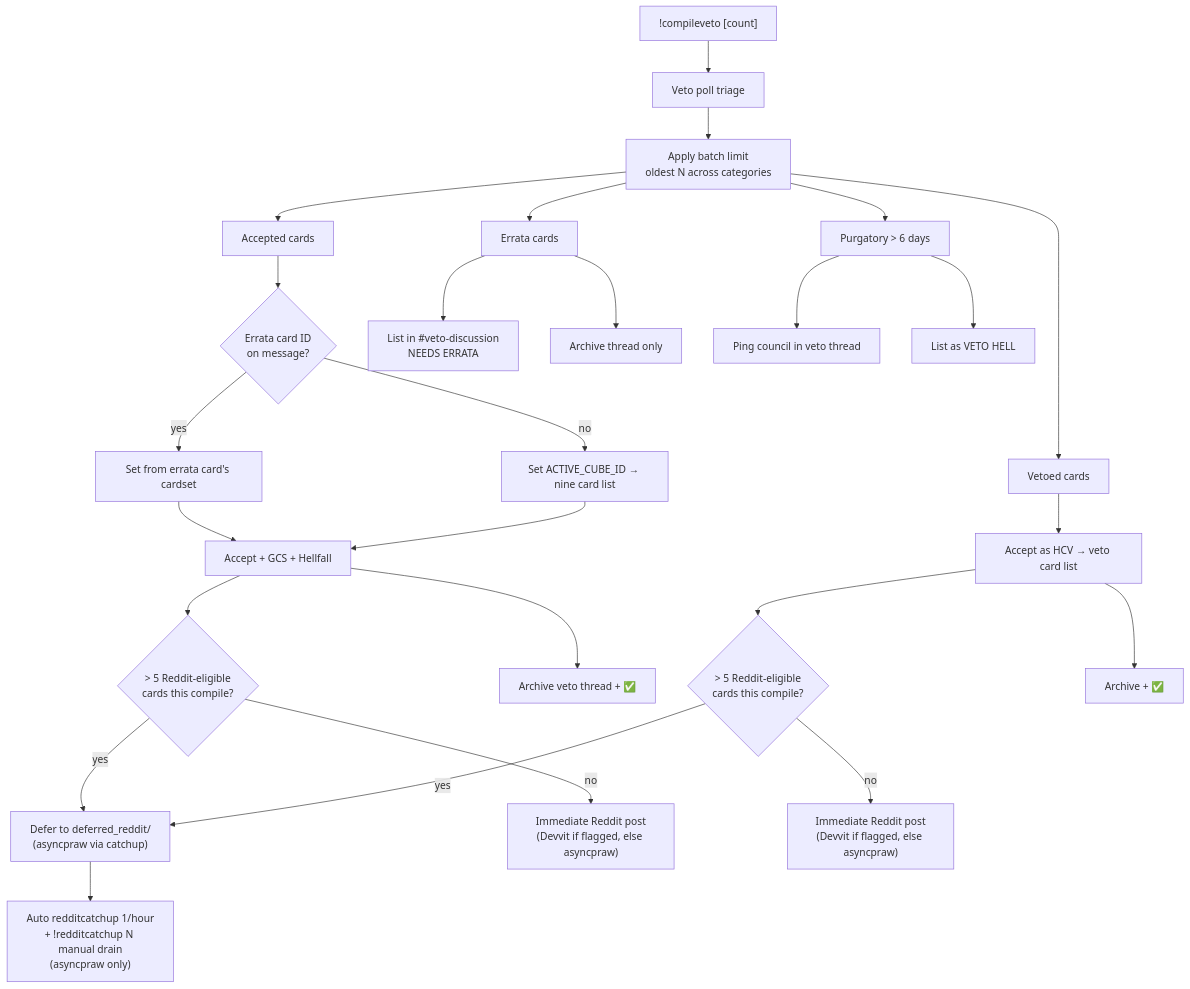
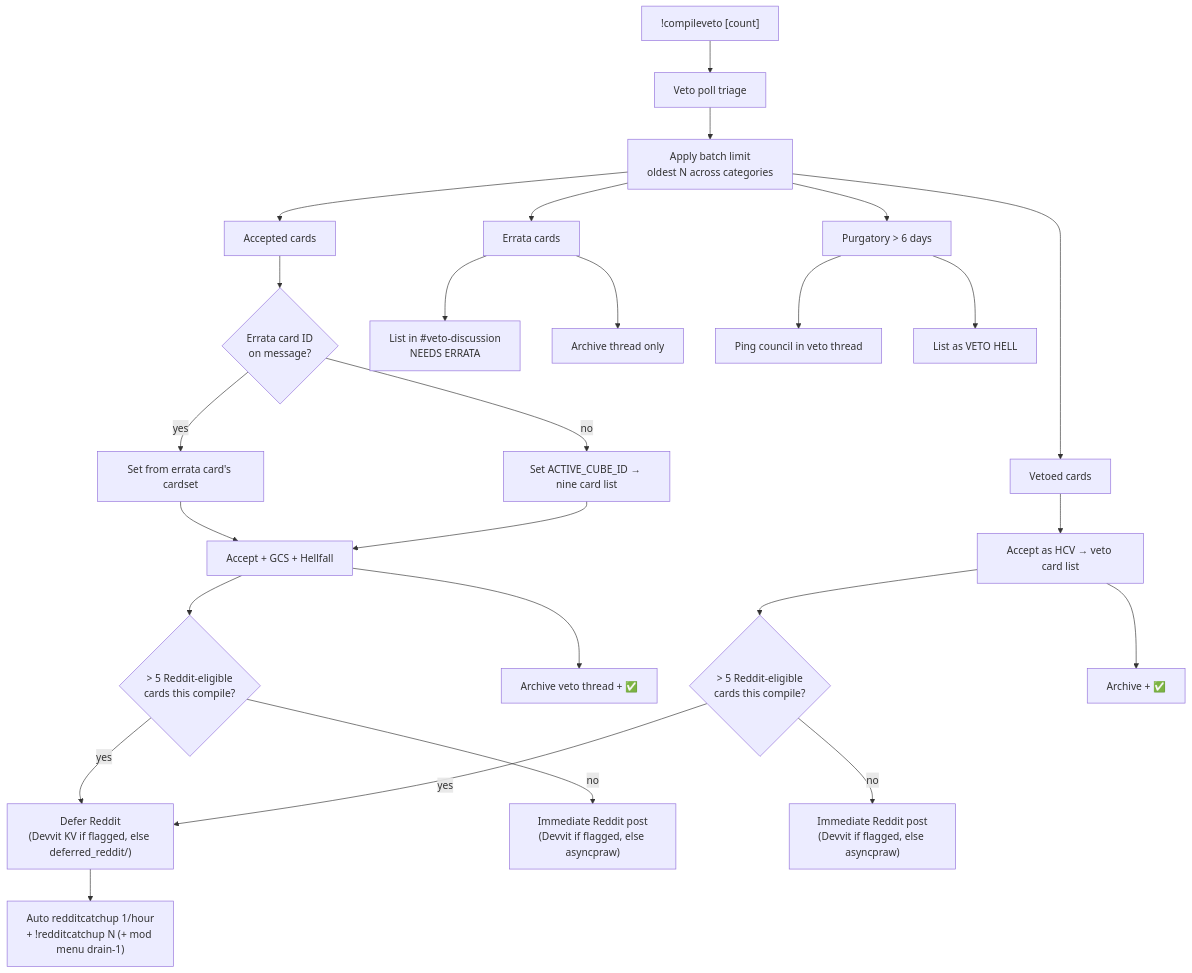
Before and after one commit to bones-bones/mork: the fifth of 6 diagrams in docs/card-flows/veto.md, drawn with Mermaid. The commit also changed other lines of this file and 36 other files, not shown here.

First line of the commit message:
Devvit deferred redditcatchup queue (#178)

````diff
--- a/docs/card-flows/veto.md
+++ b/docs/card-flows/veto.md
@@ -101,33 +101,33 @@
 ```mermaid
 flowchart TD
   CMD["!compileveto [count]"] --> TRI["Veto poll triage"]
   TRI --> LIM["Apply batch limit<br/>oldest N across categories"]
 
   LIM --> ACC["Accepted cards"]
   ACC --> AC1{"Errata card ID<br/>on message?"}
   AC1 -->|yes| SET1["Set from errata card's cardset"]
   AC1 -->|no| SET2["Set ACTIVE_CUBE_ID → nine card list"]
   SET1 --> AC1B["Accept + GCS + Hellfall"]
   SET2 --> AC1B
   AC1B --> RD1{"> 5 Reddit-eligible<br/>cards this compile?"}
-  RD1 -->|yes| DEF["Defer to deferred_reddit/<br/>(asyncpraw via catchup)"]
+  RD1 -->|yes| DEF["Defer Reddit<br/>(Devvit KV if flagged, else deferred_reddit/)"]
   RD1 -->|no| RED1["Immediate Reddit post<br/>(Devvit if flagged, else asyncpraw)"]
   AC1B --> ARC1["Archive veto thread + ✅"]
 
   LIM --> VET["Vetoed cards"]
   VET --> AC2["Accept as HCV → veto card list"]
   AC2 --> RD2{"> 5 Reddit-eligible<br/>cards this compile?"}
   RD2 -->|yes| DEF
   RD2 -->|no| RED2["Immediate Reddit post<br/>(Devvit if flagged, else asyncpraw)"]
   AC2 --> ARC2["Archive + ✅"]
 
   LIM --> ERR["Errata cards"]
   ERR --> LIST["List in #veto-discussion<br/>NEEDS ERRATA"]
   ERR --> ARC3["Archive thread only"]
 
   LIM --> PUR["Purgatory > 6 days"]
   PUR --> PING["Ping council in veto thread"]
   PUR --> HELL["List as VETO HELL"]
 
-  DEF --> CATCH["Auto redditcatchup 1/hour<br/>+ !redditcatchup N manual drain<br/>(asyncpraw only)"]
+  DEF --> CATCH["Auto redditcatchup 1/hour<br/>+ !redditcatchup N (+ mod menu drain-1)"]
 ```
````
